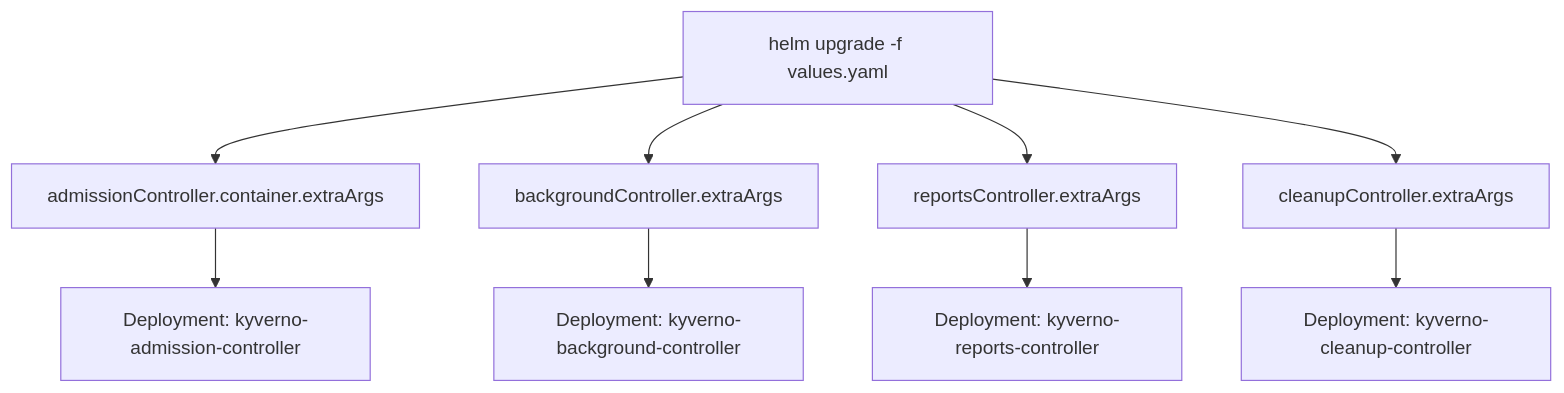
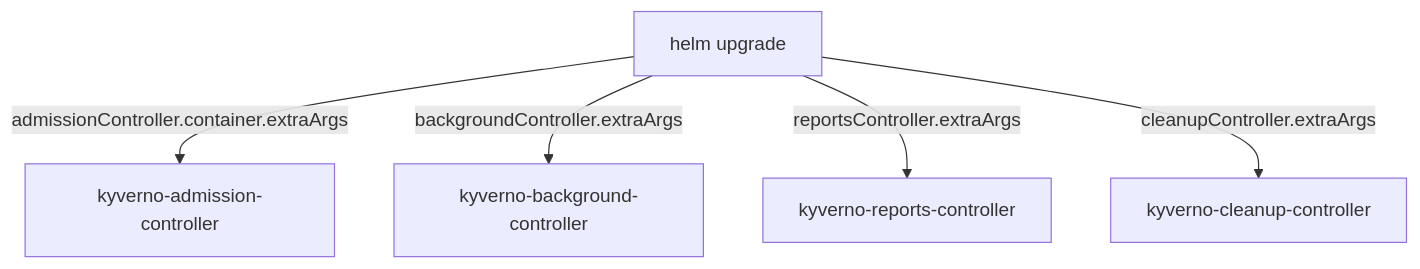
One commit to astrona-io/ATS008 changed the diagram in sections/section-030/module-01/course.md. Above: the diagram before and after it, drawn with Mermaid. The commit also changed other lines of this file and 258 other files, not shown here.

````diff
--- a/sections/section-030/module-01/course.md
+++ b/sections/section-030/module-01/course.md
@@ -7,11 +7,7 @@
 ```mermaid
-flowchart TD
-    H["helm upgrade -f values.yaml"] --> A["admissionController.container.extraArgs"]
-    H --> B["backgroundController.extraArgs"]
-    H --> R["reportsController.extraArgs"]
-    H --> C["cleanupController.extraArgs"]
-    A --> AD["Deployment: kyverno-admission-controller"]
-    B --> BD["Deployment: kyverno-background-controller"]
-    R --> RD["Deployment: kyverno-reports-controller"]
-    C --> CD["Deployment: kyverno-cleanup-controller"]
+flowchart TB
+    H["helm upgrade"] -->|"admissionController.container.extraArgs"| AD["kyverno-admission-controller"]
+    H -->|"backgroundController.extraArgs"| BD["kyverno-background-controller"]
+    H -->|"reportsController.extraArgs"| RD["kyverno-reports-controller"]
+    H -->|"cleanupController.extraArgs"| CD["kyverno-cleanup-controller"]
 ```
````
